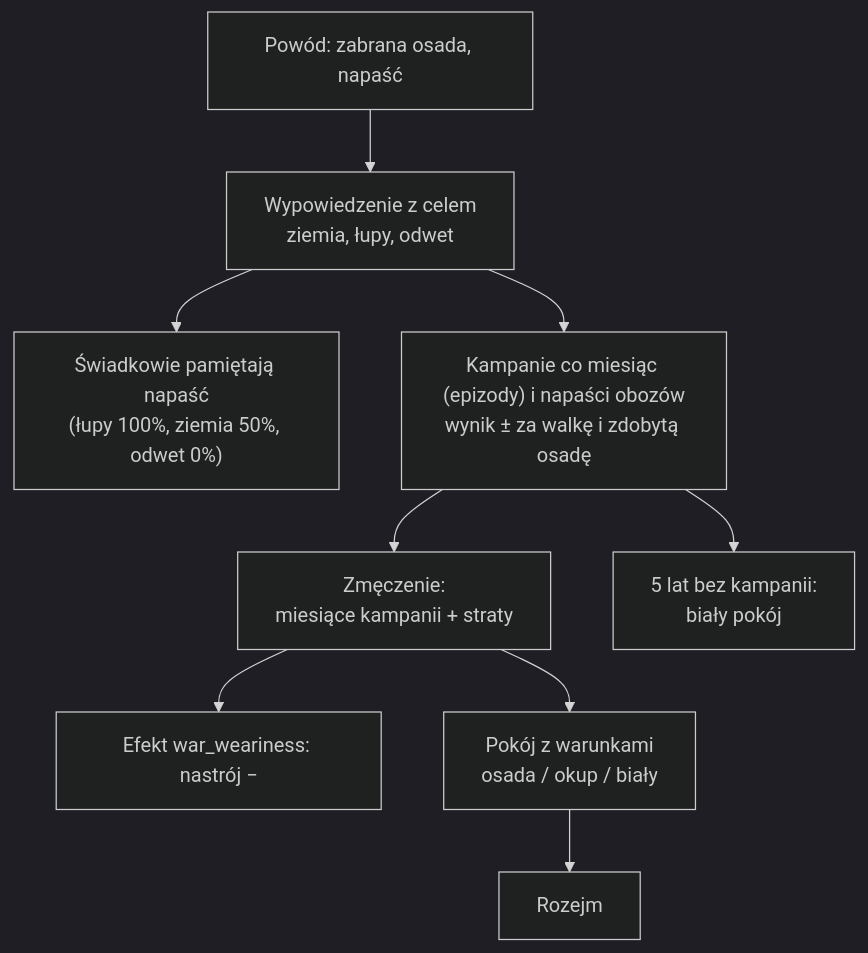
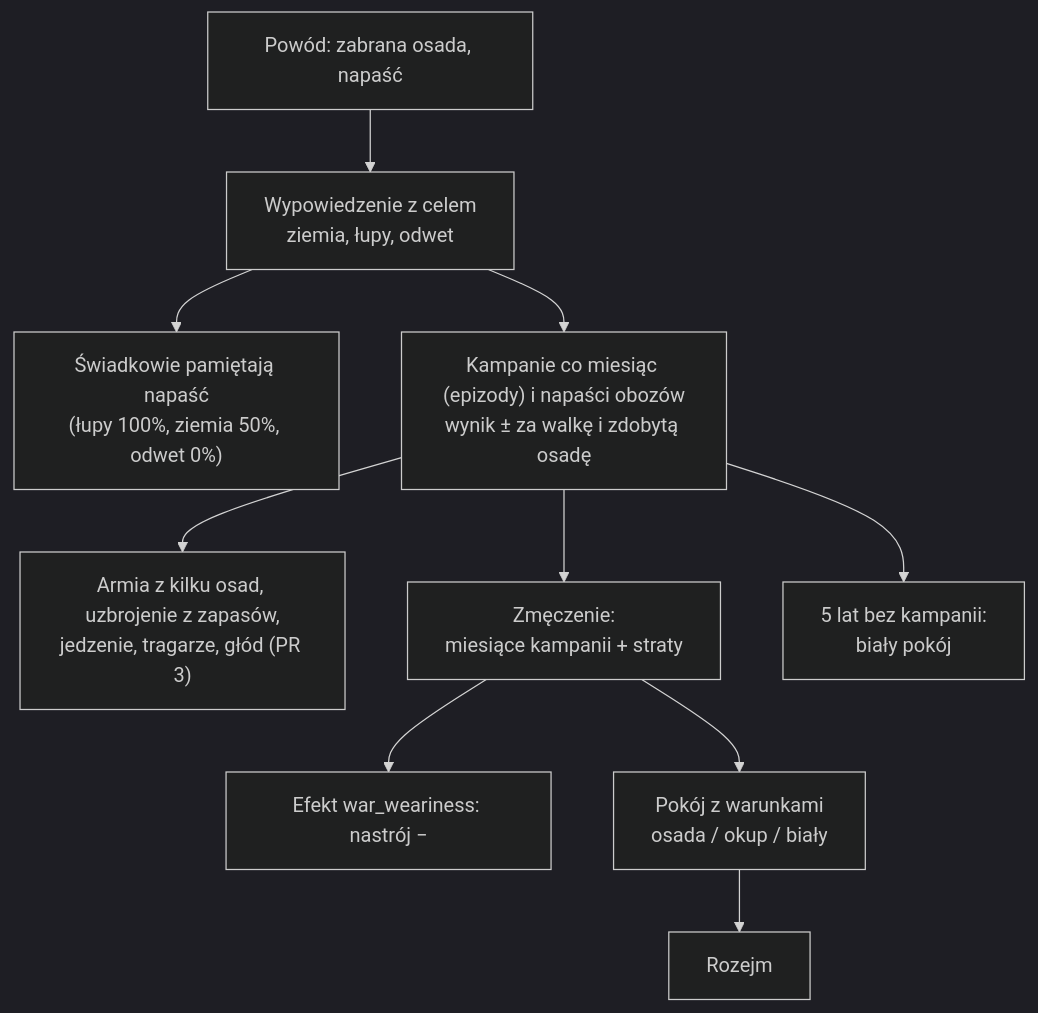
One commit to CoStellar/CivSim2 changed the diagram in docs/systems/war.md. Above: the diagram before and after it, drawn with Mermaid (dark theme). The commit also changed other lines of this file and 10 other files, not shown here.

First line of the commit message:
Stage 4e PR 3: docs, campaign statistics, roadmap

````diff
--- a/docs/systems/war.md
+++ b/docs/systems/war.md
@@ -16,11 +16,12 @@
 ```mermaid
 flowchart TD
   C["Powód: zabrana osada, napaść"] --> D["Wypowiedzenie z celem<br/>ziemia, łupy, odwet"]
   D --> R["Świadkowie pamiętają napaść<br/>(łupy 100%, ziemia 50%, odwet 0%)"]
   D --> W["Kampanie co miesiąc (epizody) i napaści obozów<br/>wynik ± za walkę i zdobytą osadę"]
+  W --> A["Armia z kilku osad, uzbrojenie z zapasów,<br/>jedzenie, tragarze, głód (PR 3)"]
   W --> Z["Zmęczenie:<br/>miesiące kampanii + straty"]
   W --> Q["5 lat bez kampanii:<br/>biały pokój"]
   Z --> M["Efekt war_weariness: nastrój −"]
   Z --> P["Pokój z warunkami<br/>osada / okup / biały"]
   P --> T["Rozejm"]
 ```
````
